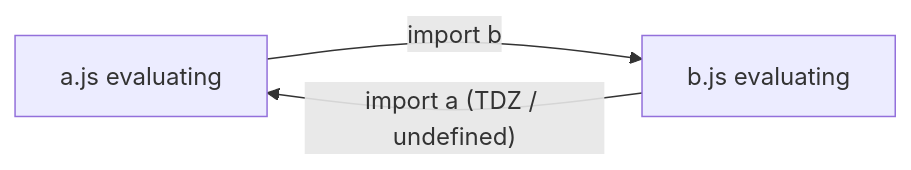
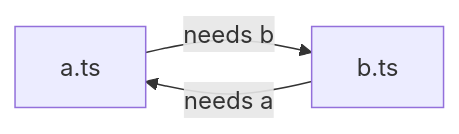
Before and after one commit to prajjwaljogdand/FullstackPreparation: the fourth of 5 diagrams in docs/javascript/13-modules.md, drawn with Mermaid. The commit also changed other lines of this file and 91 other files, not shown here.

````diff
--- a/docs/javascript/13-modules.md
+++ b/docs/javascript/13-modules.md
@@ -110,5 +342,5 @@
 ```mermaid
 flowchart LR
-  A["a.js evaluating"] -->|"import b"| B["b.js evaluating"]
-  B -->|"import a (TDZ / undefined)"| A
+  A["a.ts"] -->|"needs b"| B["b.ts"]
+  B -->|"needs a"| A
 ```
````
